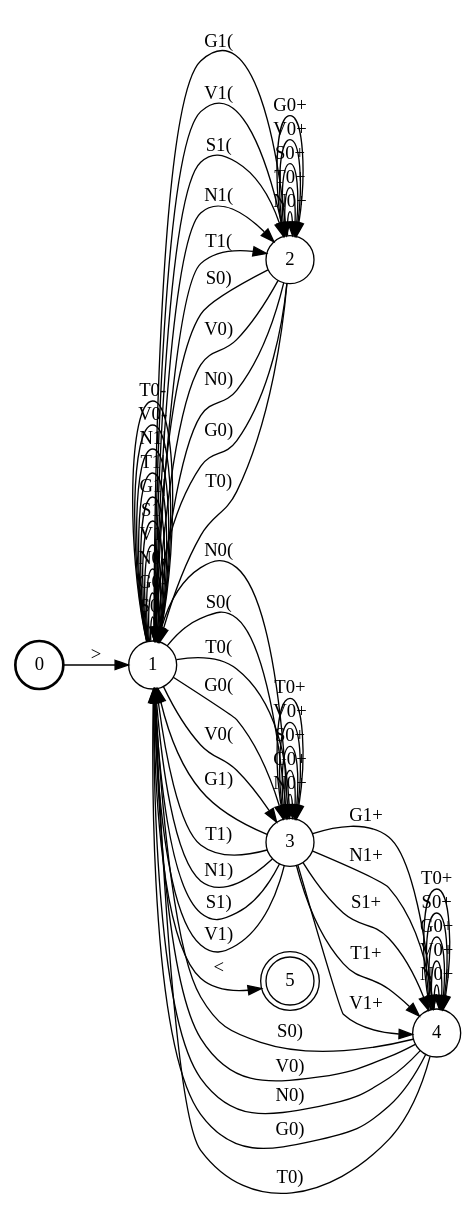
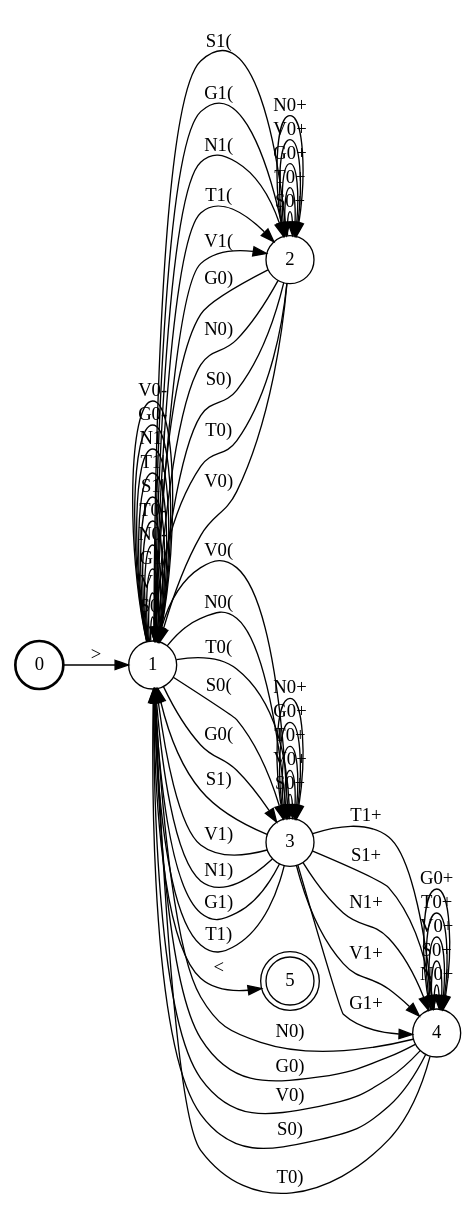
One commit to colincwilson/statgram changed the diagram in demo/Tier_nasal.dot. Above: the diagram before and after it, drawn with Graphviz. The commit also changed other lines of this file and 10 other files, not shown here.

```diff
--- a/demo/Tier_nasal.dot
+++ b/demo/Tier_nasal.dot
@@ -1,67 +1,67 @@
 digraph G {
 rankdir=LR;
 node [shape=circle]
 0 [style=bold label="0"]
 1 [label="1"]
 2 [label="2"]
 3 [label="3"]
 4 [label="4"]
 5 [shape=doublecircle label="5"]
-0 -> 1 [label=">"]
-2 -> 2 [label="N0+"]
-3 -> 4 [label="G1+"]
+4 -> 1 [label="N0)"]
+3 -> 3 [label="S0+"]
+2 -> 1 [label="G0)"]
+1 -> 3 [label="V0("]
+2 -> 1 [label="N0)"]
+1 -> 1 [label="S0-"]
+3 -> 4 [label="T1+"]
+3 -> 1 [label="S1)"]
+1 -> 5 [label="<"]
+2 -> 2 [label="S0+"]
+1 -> 2 [label="S1("]
+3 -> 4 [label="S1+"]
+3 -> 1 [label="V1)"]
+3 -> 1 [label="N1)"]
+4 -> 1 [label="G0)"]
+1 -> 2 [label="G1("]
+1 -> 2 [label="N1("]
 1 -> 3 [label="N0("]
 3 -> 4 [label="N1+"]
+3 -> 4 [label="V1+"]
+1 -> 1 [label="V1|"]
 4 -> 4 [label="N0+"]
-4 -> 1 [label="S0)"]
-3 -> 1 [label="G1)"]
-3 -> 3 [label="N0+"]
-4 -> 1 [label="V0)"]
+3 -> 3 [label="V0+"]
+2 -> 1 [label="S0)"]
+1 -> 1 [label="G1|"]
+1 -> 2 [label="T1("]
+3 -> 3 [label="T0+"]
 3 -> 3 [label="G0+"]
-1 -> 2 [label="G1("]
-2 -> 2 [label="T0+"]
-2 -> 1 [label="S0)"]
+1 -> 1 [label="N0-"]
+1 -> 1 [label="T0-"]
+1 -> 1 [label="S1|"]
+2 -> 1 [label="T0)"]
 2 -> 1 [label="V0)"]
-1 -> 1 [label="S0-"]
-1 -> 3 [label="S0("]
-3 -> 3 [label="S0+"]
-2 -> 1 [label="N0)"]
-1 -> 1 [label="G0-"]
-1 -> 1 [label="N0-"]
-1 -> 2 [label="V1("]
-3 -> 1 [label="T1)"]
-4 -> 1 [label="N0)"]
-1 -> 1 [label="V1|"]
-4 -> 4 [label="V0+"]
-1 -> 1 [label="S1|"]
-3 -> 4 [label="S1+"]
-3 -> 3 [label="V0+"]
-3 -> 1 [label="N1)"]
-2 -> 2 [label="S0+"]
-1 -> 1 [label="G1|"]
-1 -> 2 [label="S1("]
-1 -> 2 [label="N1("]
 1 -> 1 [label="T1|"]
 1 -> 3 [label="T0("]
-1 -> 2 [label="T1("]
-4 -> 1 [label="G0)"]
+4 -> 4 [label="S0+"]
+4 -> 1 [label="V0)"]
+1 -> 2 [label="V1("]
+4 -> 1 [label="S0)"]
+1 -> 3 [label="S0("]
+4 -> 1 [label="T0)"]
+3 -> 3 [label="N0+"]
+2 -> 2 [label="T0+"]
+2 -> 2 [label="G0+"]
+1 -> 1 [label="N1|"]
+4 -> 4 [label="V0+"]
+3 -> 1 [label="G1)"]
+1 -> 1 [label="G0-"]
+2 -> 2 [label="V0+"]
+0 -> 1 [label=">"]
+1 -> 1 [label="V0-"]
+4 -> 4 [label="T0+"]
+4 -> 4 [label="G0+"]
+3 -> 1 [label="T1)"]
+2 -> 2 [label="N0+"]
 1 -> 3 [label="G0("]
-1 -> 3 [label="V0("]
-2 -> 1 [label="G0)"]
-3 -> 1 [label="S1)"]
-2 -> 1 [label="T0)"]
-2 -> 2 [label="V0+"]
-1 -> 1 [label="N1|"]
-3 -> 4 [label="T1+"]
-3 -> 4 [label="V1+"]
-4 -> 4 [label="G0+"]
-1 -> 1 [label="V0-"]
-1 -> 5 [label="<"]
-4 -> 4 [label="S0+"]
-3 -> 1 [label="V1)"]
-1 -> 1 [label="T0-"]
-4 -> 1 [label="T0)"]
-4 -> 4 [label="T0+"]
-2 -> 2 [label="G0+"]
-3 -> 3 [label="T0+"]
+3 -> 4 [label="G1+"]
 }
```
